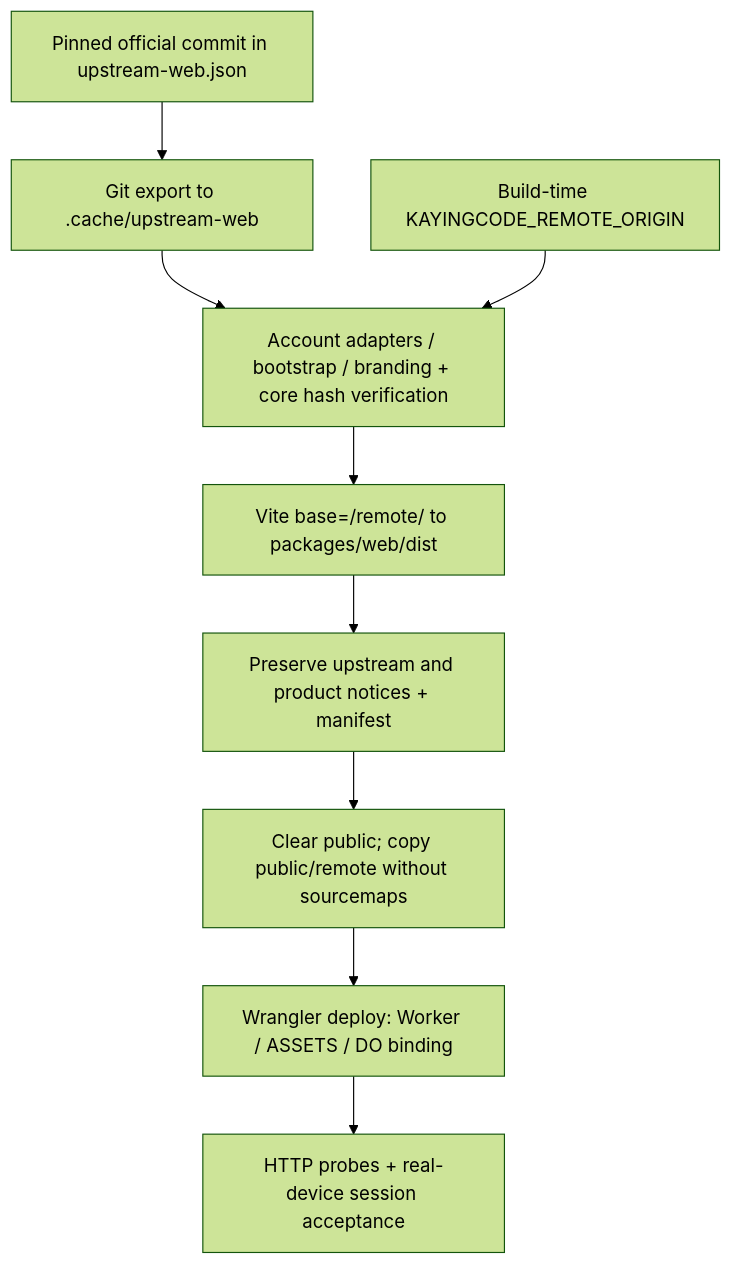
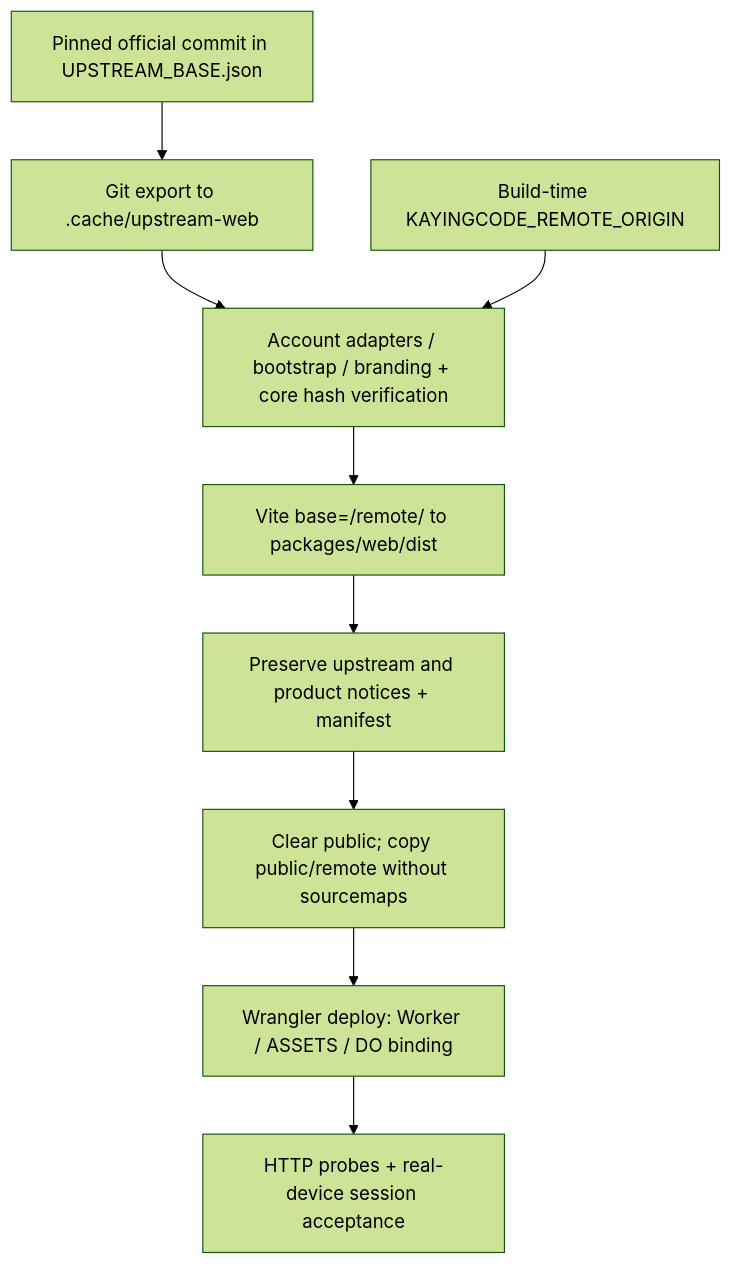
Before and after one commit to kaying-ai/KayingCode: the fifth of 5 diagrams in apps/kayingcode-relay-cloudflare/FLOWS.en.md, drawn with Mermaid (forest theme). The commit also changed 18 other files, not shown here.

First line of the commit message:
refactor(web): derive upstream source from UPSTREAM_BASE.json

````diff
--- a/apps/kayingcode-relay-cloudflare/FLOWS.en.md
+++ b/apps/kayingcode-relay-cloudflare/FLOWS.en.md
@@ -101,11 +101,11 @@
 ```mermaid
 flowchart TD
-  P[Pinned official commit in upstream-web.json] --> G[Git export to .cache/upstream-web]
+  P[Pinned official commit in UPSTREAM_BASE.json] --> G[Git export to .cache/upstream-web]
   G --> B[Account adapters / bootstrap / branding + core hash verification]
   E[Build-time KAYINGCODE_REMOTE_ORIGIN] --> B
   B --> V[Vite base=/remote/ to packages/web/dist]
   V --> N[Preserve upstream and product notices + manifest]
   N --> C[Clear public; copy public/remote without sourcemaps]
   C --> W[Wrangler deploy: Worker / ASSETS / DO binding]
   W --> A[HTTP probes + real-device session acceptance]
 ```
````
